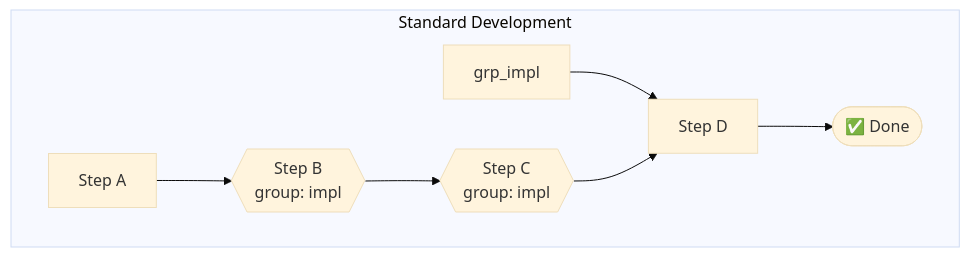
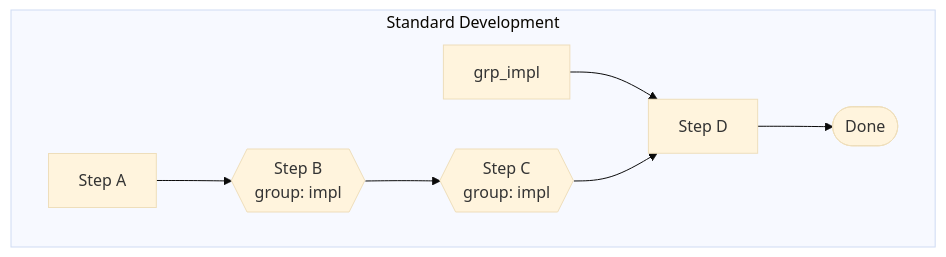
One commit to Autonomous-Lifecycle-Protocol-ALP/Autonomous-Lifecycle-Protocol-ALP changed the second of 2 diagrams in docs-site/src/spec/21-workflow-visualization.md. Above: the diagram before and after it, drawn with Mermaid (base theme). The commit also changed 129 other files, not shown here.

````diff
--- a/docs-site/src/spec/21-workflow-visualization.md
+++ b/docs-site/src/spec/21-workflow-visualization.md
@@ -47,14 +47,14 @@
 ```mermaid
 flowchart TD
   subgraph wf_standard["Standard Development"]
     s_wf_0[Step A]
     s_wf_1{{Step B\ngroup: impl}}
     s_wf_2{{Step C\ngroup: impl}}
     s_wf_3[Step D]
     grp_impl --> s_wf_3
     s_wf_0 --> s_wf_1
     s_wf_1 --> s_wf_2
     s_wf_2 --> s_wf_3
-    s_wf_3 --> wf_standard_done(["✅ Done"])
+    s_wf_3 --> wf_standard_done(["Done"])
   end
 ```
````
